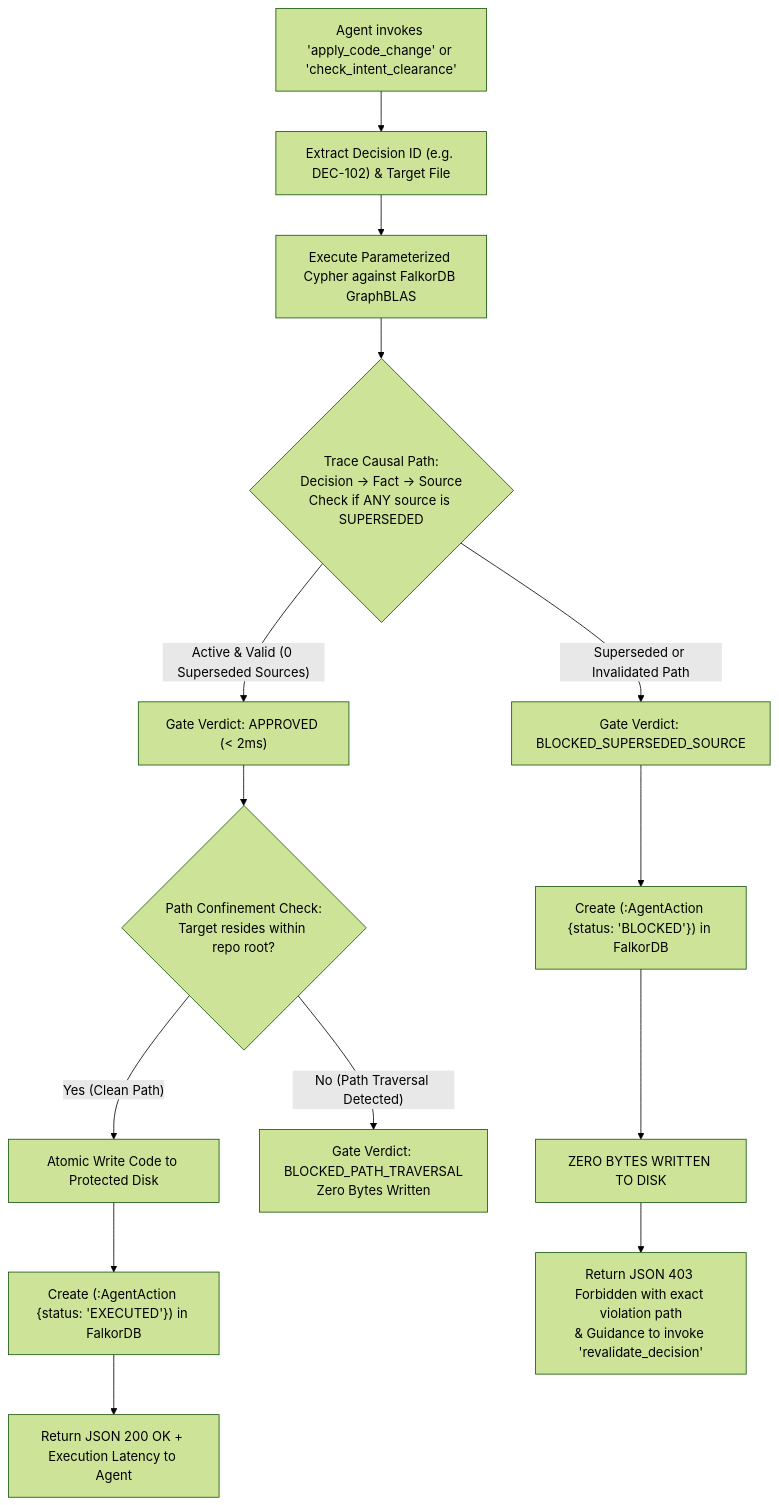
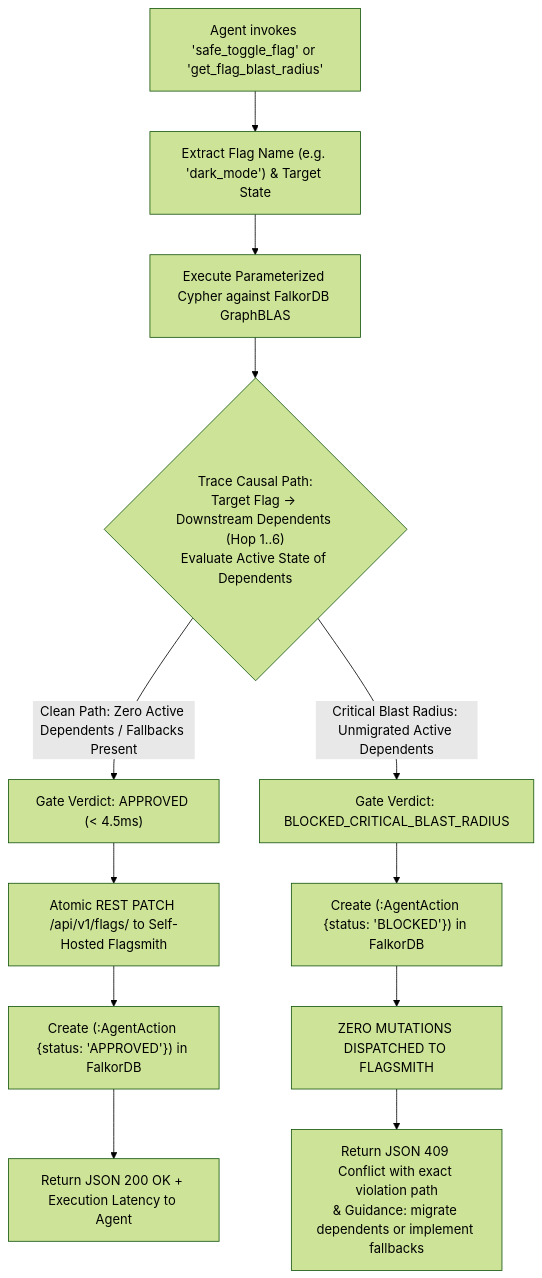
Before and after one commit to CAVDAX/CAVDAX-FlagSmith: the fifth of 6 diagrams in README.md, drawn with Mermaid (forest theme). The commit also changed other lines of this file and 20 other files, not shown here.

````diff
--- a/README.md
+++ b/README.md
@@ -530,23 +589,19 @@
 ```mermaid
 graph TD
-    Start["Agent invokes 'apply_code_change' or 'check_intent_clearance'"] --> Extract["Extract Decision ID (e.g. DEC-102) & Target File"]
+    Start["Agent invokes 'safe_toggle_flag' or 'get_flag_blast_radius'"] --> Extract["Extract Flag Name (e.g. 'dark_mode') & Target State"]
     Extract --> Query["Execute Parameterized Cypher against FalkorDB GraphBLAS"]
     Query --> Traversal{"Trace Causal Path:
-Decision -> Fact -> Source
-Check if ANY source is SUPERSEDED"}
-    
-    Traversal -- "Active & Valid (0 Superseded Sources)" --> Approved["Gate Verdict: APPROVED (< 2ms)"]
-    Approved --> ConfinementCheck{"Path Confinement Check:
-Target resides within repo root?"}
-    ConfinementCheck -- "Yes (Clean Path)" --> DiskWrite["Atomic Write Code to Protected Disk"]
-    ConfinementCheck -- "No (Path Traversal Detected)" --> PathBlock["Gate Verdict: BLOCKED_PATH_TRAVERSAL
-Zero Bytes Written"]
-    DiskWrite --> LogApproved["Create (:AgentAction {status: 'EXECUTED'}) in FalkorDB"]
+Target Flag -> Downstream Dependents (Hop 1..6)
+Evaluate Active State of Dependents"}
+
+    Traversal -- "Clean Path: Zero Active Dependents / Fallbacks Present" --> Approved["Gate Verdict: APPROVED (< 4.5ms)"]
+    Approved --> FlagsmithCall["Atomic REST PATCH /api/v1/flags/ to Self-Hosted Flagsmith"]
+    FlagsmithCall --> LogApproved["Create (:AgentAction {status: 'APPROVED'}) in FalkorDB"]
     LogApproved --> ReturnApproved["Return JSON 200 OK + Execution Latency to Agent"]
 
-    Traversal -- "Superseded or Invalidated Path" --> Blocked["Gate Verdict: BLOCKED_SUPERSEDED_SOURCE"]
+    Traversal -- "Critical Blast Radius: Unmigrated Active Dependents" --> Blocked["Gate Verdict: BLOCKED_CRITICAL_BLAST_RADIUS"]
     Blocked --> LogBlocked["Create (:AgentAction {status: 'BLOCKED'}) in FalkorDB"]
-    LogBlocked --> ZeroBytes["ZERO BYTES WRITTEN TO DISK"]
-    ZeroBytes --> ReturnBlocked["Return JSON 403 Forbidden with exact violation path
-& Guidance to invoke 'revalidate_decision'"]
+    LogBlocked --> ZeroMutations["ZERO MUTATIONS DISPATCHED TO FLAGSMITH"]
+    ZeroMutations --> ReturnBlocked["Return JSON 409 Conflict with exact violation path
+& Guidance: migrate dependents or implement fallbacks"]
 ```
````
